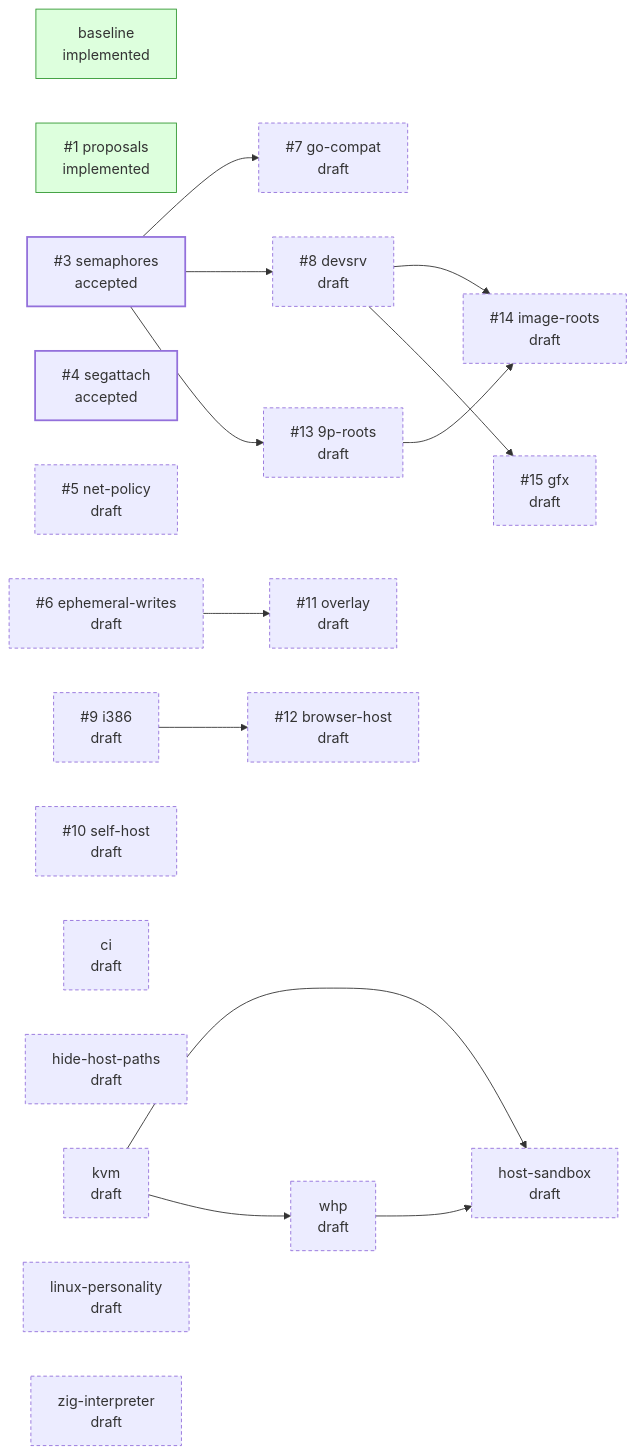
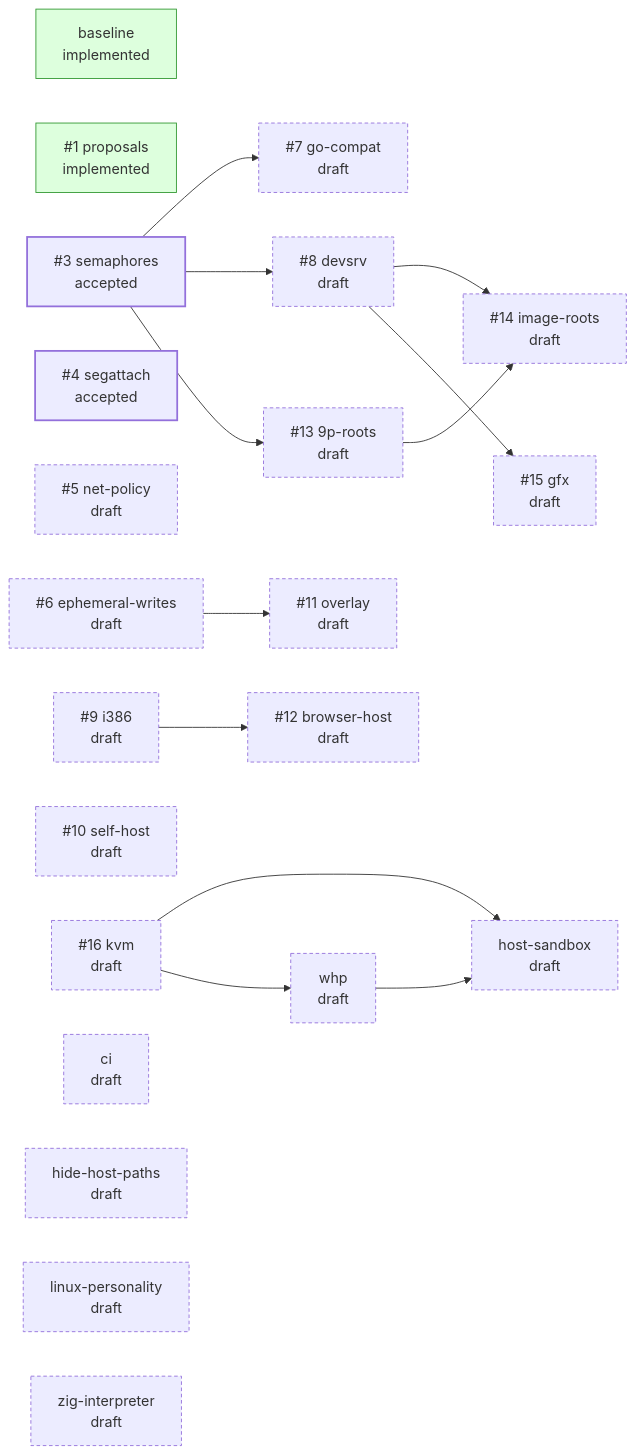
One commit to jpf/hyper9 changed the diagram in README.md. Above: the diagram before and after it, drawn with Mermaid. The commit also changed other lines of this file and 11 other files, not shown here.

````diff
--- a/README.md
+++ b/README.md
@@ -39,40 +39,40 @@
 ```mermaid
 flowchart LR
   classDef draft stroke-dasharray: 4 3
   classDef accepted stroke-width: 2px
   classDef implemented fill:#dfd,stroke:#393
   classDef closed fill:#eee,stroke:#999,color:#777
   p_baseline["baseline<br/>implemented"]:::implemented
   p_proposals["#35;1 proposals<br/>implemented"]:::implemented
   p_semaphores["#35;3 semaphores<br/>accepted"]:::accepted
   p_segattach["#35;4 segattach<br/>accepted"]:::accepted
   p_net_policy["#35;5 net-policy<br/>draft"]:::draft
   p_ephemeral_writes["#35;6 ephemeral-writes<br/>draft"]:::draft
   p_go_compat["#35;7 go-compat<br/>draft"]:::draft
   p_devsrv["#35;8 devsrv<br/>draft"]:::draft
   p_i386["#35;9 i386<br/>draft"]:::draft
   p_self_host["#35;10 self-host<br/>draft"]:::draft
   p_overlay["#35;11 overlay<br/>draft"]:::draft
   p_browser_host["#35;12 browser-host<br/>draft"]:::draft
   p_9p_roots["#35;13 9p-roots<br/>draft"]:::draft
   p_image_roots["#35;14 image-roots<br/>draft"]:::draft
   p_gfx["#35;15 gfx<br/>draft"]:::draft
+  p_kvm["#35;16 kvm<br/>draft"]:::draft
   p_ci["ci<br/>draft"]:::draft
   p_hide_host_paths["hide-host-paths<br/>draft"]:::draft
   p_host_sandbox["host-sandbox<br/>draft"]:::draft
-  p_kvm["kvm<br/>draft"]:::draft
   p_linux_personality["linux-personality<br/>draft"]:::draft
   p_whp["whp<br/>draft"]:::draft
   p_zig_interpreter["zig-interpreter<br/>draft"]:::draft
   p_semaphores --> p_go_compat
   p_semaphores --> p_devsrv
   p_ephemeral_writes --> p_overlay
   p_i386 --> p_browser_host
   p_semaphores --> p_9p_roots
   p_devsrv --> p_image_roots
   p_9p_roots --> p_image_roots
   p_devsrv --> p_gfx
   p_kvm --> p_host_sandbox
   p_whp --> p_host_sandbox
   p_kvm --> p_whp
 ```
````
